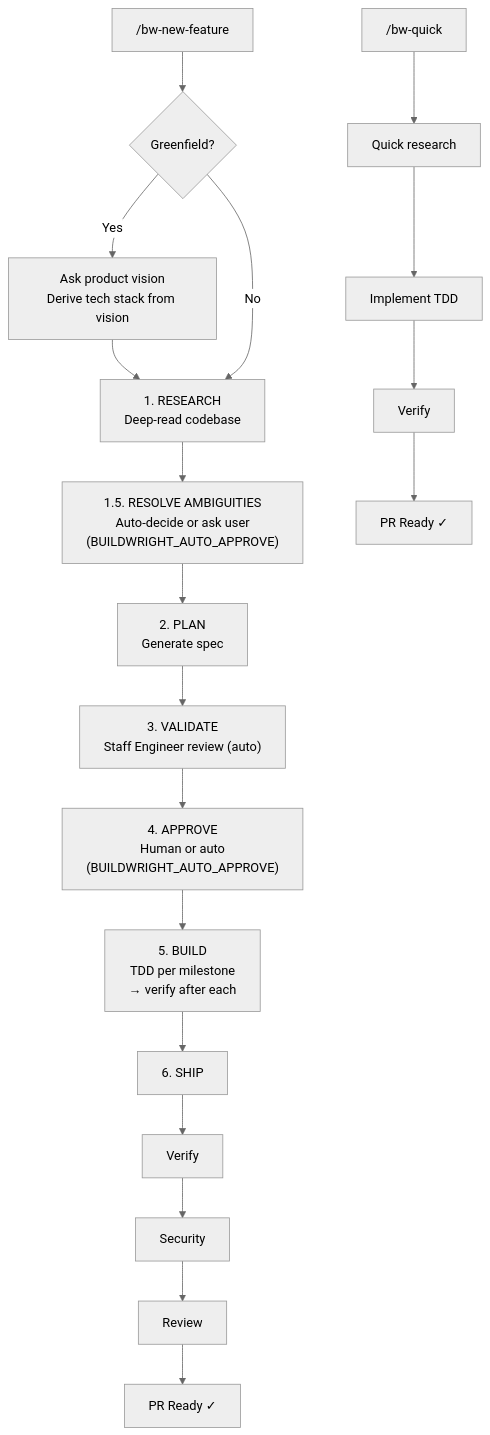
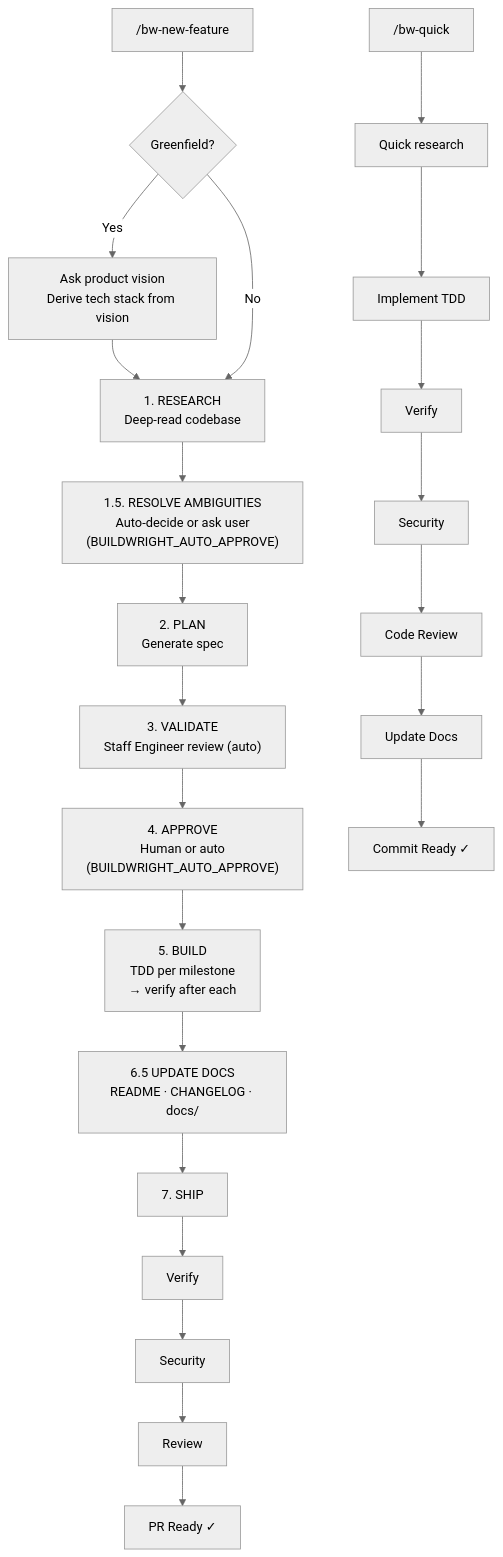
The diagram in README.md (raunakkathuria/buildwright), drawn with Mermaid (neutral theme) before and after one commit. The commit also changed other lines of this file and 3 other files, not shown here.

````diff
--- a/README.md
+++ b/README.md
@@ -11,22 +11,26 @@
 ```mermaid
 flowchart TD
       A["/bw-new-feature"] --> B{Greenfield?}
       B -- Yes --> C[Ask product vision<br>Derive tech stack from vision]
       C --> D
       B -- No --> D["1. RESEARCH<br>Deep-read codebase"]
       D --> E["1.5. RESOLVE AMBIGUITIES<br>Auto-decide or ask user<br>(BUILDWRIGHT_AUTO_APPROVE)"]
       E --> F["2. PLAN<br>Generate spec"]
       F --> G["3. VALIDATE<br>Staff Engineer review (auto)"]
       G --> H["4. APPROVE<br>Human or auto<br>(BUILDWRIGHT_AUTO_APPROVE)"]
       H --> I["5. BUILD<br>TDD per milestone<br>→ verify after each"]
-      I --> J["6. SHIP"]
-      J --> K[Verify]
-      K --> L[Security]
-      L --> M[Review]
-      M --> N["PR Ready ✓"]
+      I --> J["6.5 UPDATE DOCS<br>README · CHANGELOG · docs/"]
+      J --> K["7. SHIP"]
+      K --> L[Verify]
+      L --> M[Security]
+      M --> N[Review]
+      N --> O["PR Ready ✓"]
 
       P["/bw-quick"] --> Q[Quick research]
       Q --> R[Implement TDD]
       R --> S[Verify]
-      S --> T["PR Ready ✓"]
+      S --> U[Security]
+      U --> V[Code Review]
+      V --> W[Update Docs]
+      W --> T["Commit Ready ✓"]
 ```
````
